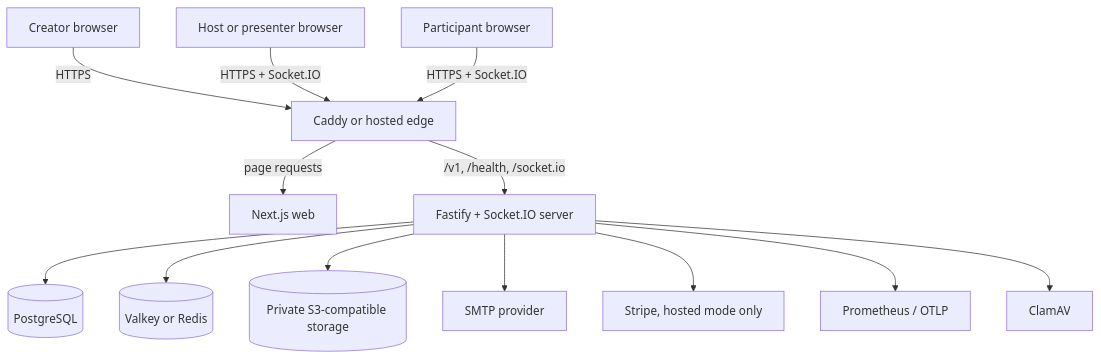
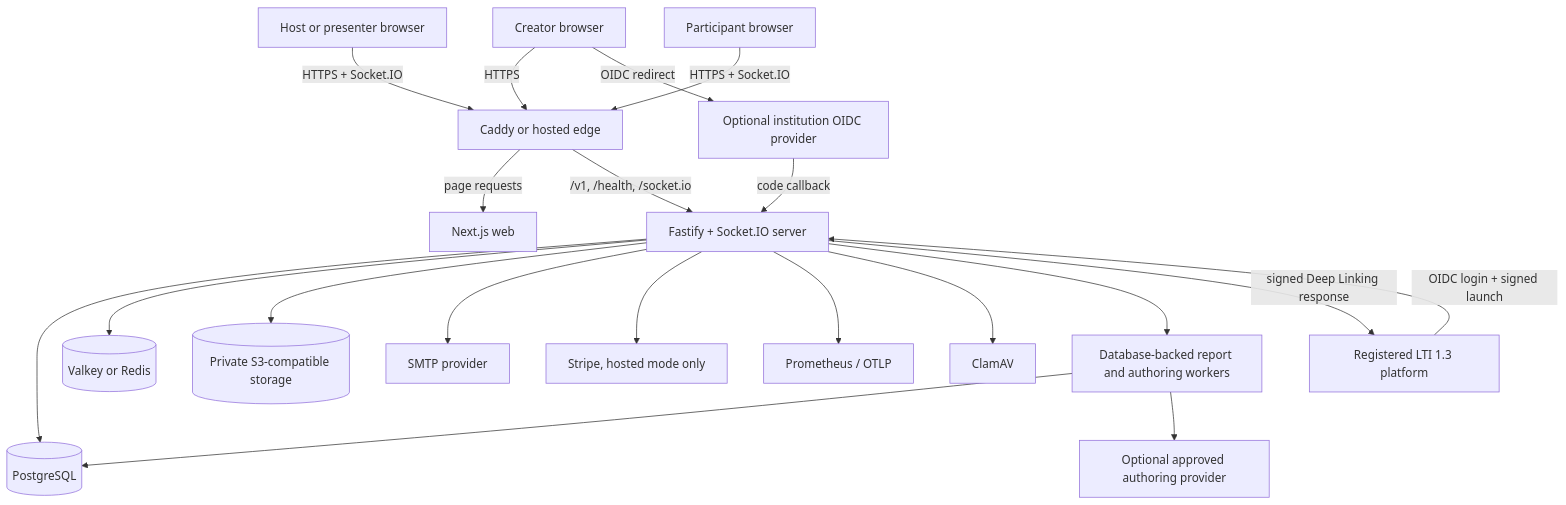
The first of 7 diagrams in docs/architecture.md (riojung/openround), drawn with Mermaid before and after one commit. The commit also changed other lines of this file and 126 other files, not shown here.

````diff
--- a/docs/architecture.md
+++ b/docs/architecture.md
@@ -9,29 +13,40 @@
 ```mermaid
 flowchart TB
   Creator[Creator browser]
   Host[Host or presenter browser]
   Player[Participant browser]
   Edge[Caddy or hosted edge]
   Web[Next.js web]
   Server[Fastify + Socket.IO server]
+  Worker[Database-backed report and authoring workers]
   DB[(PostgreSQL)]
   Redis[(Valkey or Redis)]
   Objects[(Private S3-compatible storage)]
   SMTP[SMTP provider]
   Stripe[Stripe, hosted mode only]
   Observe[Prometheus / OTLP]
   Scan[ClamAV]
+  AI[Optional approved authoring provider]
+  IdP[Optional institution OIDC provider]
+  LMS[Registered LTI 1.3 platform]
 
   Creator -->|HTTPS| Edge
   Host -->|HTTPS + Socket.IO| Edge
   Player -->|HTTPS + Socket.IO| Edge
   Edge -->|page requests| Web
   Edge -->|/v1, /health, /socket.io| Server
   Server --> DB
   Server --> Redis
   Server --> Objects
   Server --> SMTP
   Server --> Stripe
   Server --> Observe
   Server --> Scan
+  Server --> Worker
+  Worker --> DB
+  Worker --> AI
+  Creator -->|OIDC redirect| IdP
+  IdP -->|code callback| Server
+  LMS -->|OIDC login + signed launch| Server
+  Server -->|signed Deep Linking response| LMS
 ```
````
